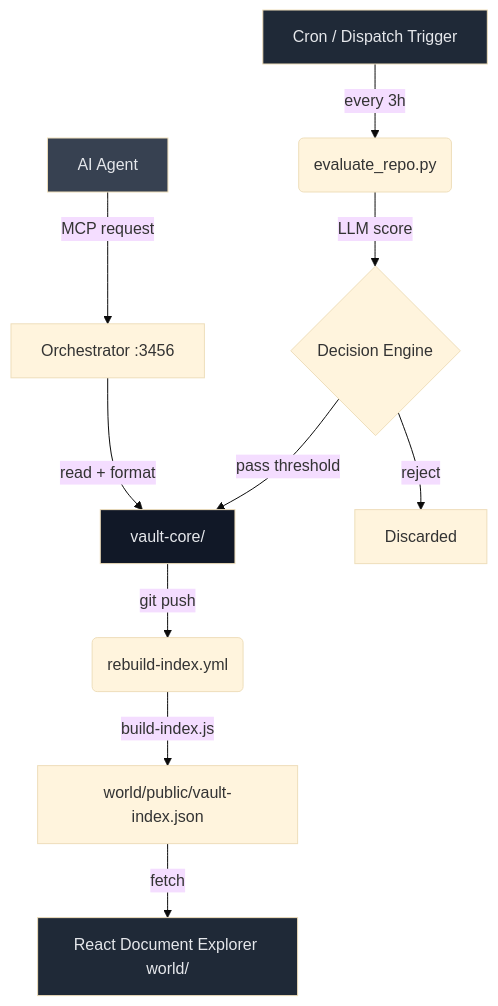
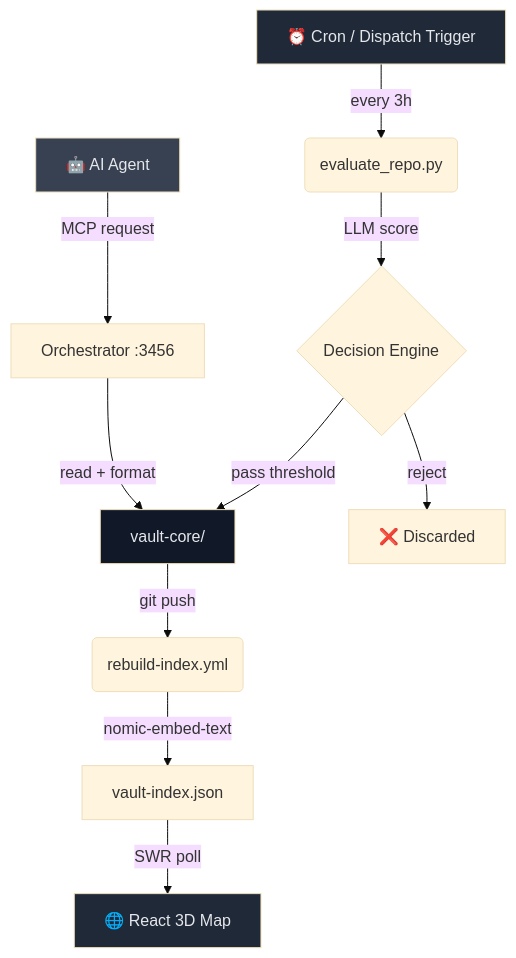
The diagram in README.md (SAIRAMANALADI/vybe-intelligence-vault), drawn with Mermaid (base theme) before and after one commit. The commit also changed other lines of this file and 3261 other files, not shown here.

Commit message:
fix(build-index): enforce bounded pairwise edge generation and RangeError guards

````diff
--- a/README.md
+++ b/README.md
@@ -103,17 +98,17 @@
 ```mermaid
 graph TD
-    A[Cron / Dispatch Trigger] -->|every 3h| B(evaluate_repo.py)
+    A[⏰ Cron / Dispatch Trigger] -->|every 3h| B(evaluate_repo.py)
     B -->|LLM score| C{Decision Engine}
     C -->|pass threshold| D[vault-core/]
-    C -->|reject| X[Discarded]
+    C -->|reject| X[❌ Discarded]
     D -->|git push| E(rebuild-index.yml)
-    E -->|build-index.js| F[world/public/vault-index.json]
-    F -->|fetch| G[React Document Explorer world/]
-    H[AI Agent] -->|MCP request| I[Orchestrator :3456]
+    E -->|nomic-embed-text| F[vault-index.json]
+    F -->|SWR poll| G[🌐 React 3D Map]
+    H[🤖 AI Agent] -->|MCP request| I[Orchestrator :3456]
     I -->|read + format| D
 
     style A fill:#1f2937,color:#e5e7eb
     style D fill:#111827,color:#e5e7eb
     style G fill:#1f2937,color:#e5e7eb
     style H fill:#374151,color:#e5e7eb
 ```
````
